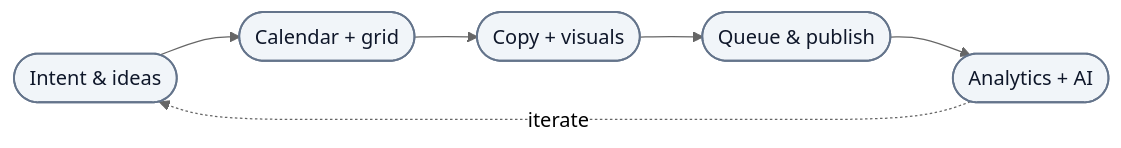
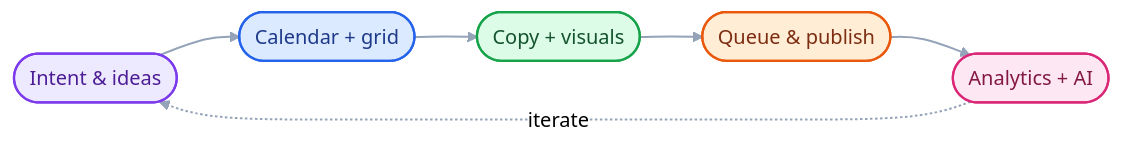
One commit to Aniruddh-fullstac/knowmedfia changed the first of 8 diagrams in README.md. Above: the diagram before and after it, drawn with Mermaid. The commit also changed other lines of this file, not shown here.

Commit message:
docs: use custom pipeline diagram in README

````diff
--- a/README.md
+++ b/README.md
@@ -53,9 +84,20 @@
 ```mermaid
 %%{init: { "theme": "neutral", "themeVariables": { "fontFamily": "ui-sans-serif, system-ui, sans-serif" } }}%%
 flowchart LR
-  A(["Intent & ideas"]) --> B(["Calendar + grid"]) --> C(["Copy + visuals"]) --> D(["Queue & publish"]) --> E(["Analytics + AI"])
+  A(["Intent &amp; ideas"]) --> B(["Calendar + grid"]) --> C(["Copy + visuals"]) --> D(["Queue &amp; publish"]) --> E(["Analytics + AI"])
   E -.->|"iterate"| A
 
-  classDef node fill:#f1f5f9,stroke:#64748b,stroke-width:1.5px,color:#0f172a
-  class A,B,C,D,E node
+  classDef intent fill:#ede9fe,stroke:#7c3aed,stroke-width:1.8px,color:#4c1d95
+  classDef plan   fill:#dbeafe,stroke:#2563eb,stroke-width:1.8px,color:#1e3a8a
+  classDef make   fill:#dcfce7,stroke:#16a34a,stroke-width:1.8px,color:#14532d
+  classDef ship   fill:#ffedd5,stroke:#ea580c,stroke-width:1.8px,color:#7c2d12
+  classDef learn  fill:#fce7f3,stroke:#db2777,stroke-width:1.8px,color:#831843
+
+  class A intent
+  class B plan
+  class C make
+  class D ship
+  class E learn
+
+  linkStyle default stroke:#94a3b8,stroke-width:1.6px
 ```
````
